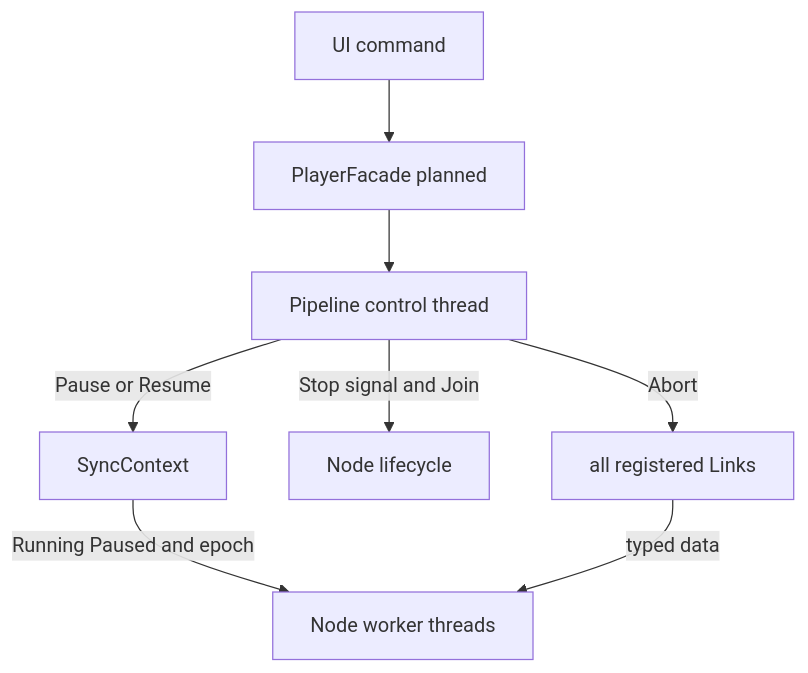
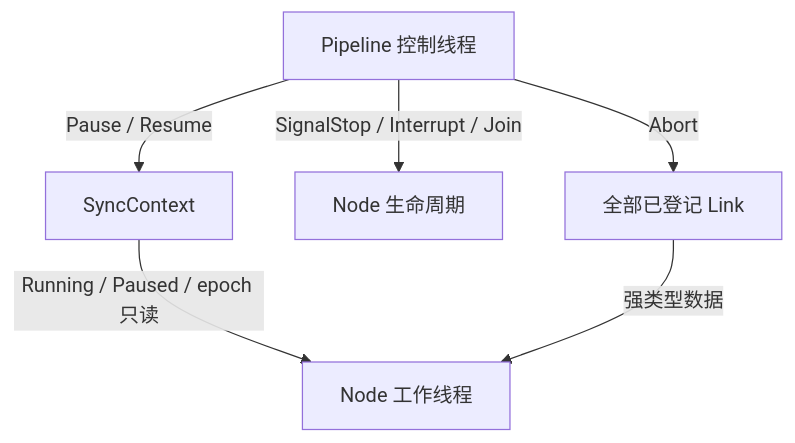
The second of 2 diagrams in ARCHITECTURE.md (fuzhanmeng/media_player), drawn with Mermaid before and after one commit. The commit also changed other lines of this file and 4 other files, not shown here.

````diff
--- a/ARCHITECTURE.md
+++ b/ARCHITECTURE.md
@@ -284,10 +417,8 @@
 ```mermaid
 flowchart TD
-    UI[UI command] --> PLAYER[PlayerFacade planned]
-    PLAYER --> PIPE[Pipeline control thread]
-    PIPE -->|Pause or Resume| SYNC[SyncContext]
-    PIPE -->|Stop signal and Join| NODES[Node lifecycle]
-    PIPE -->|Abort| LINKS[all registered Links]
-    SYNC -->|Running Paused and epoch| WORKERS[Node worker threads]
-    LINKS -->|typed data| WORKERS
+    PIPE[Pipeline 控制线程] -->|Pause / Resume| SYNC[SyncContext]
+    PIPE -->|SignalStop / Interrupt / Join| NODES[Node 生命周期]
+    PIPE -->|Abort| LINKS[全部已登记 Link]
+    SYNC -->|Running / Paused / epoch 只读| WORKERS[Node 工作线程]
+    LINKS -->|强类型数据| WORKERS
 ```
````
